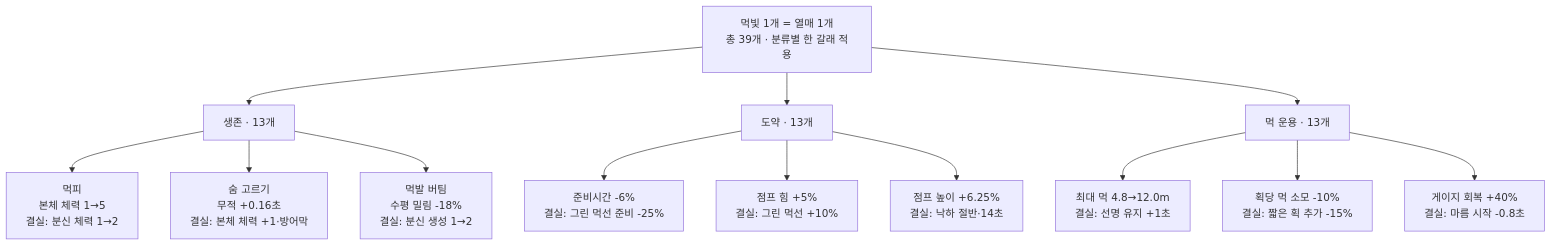
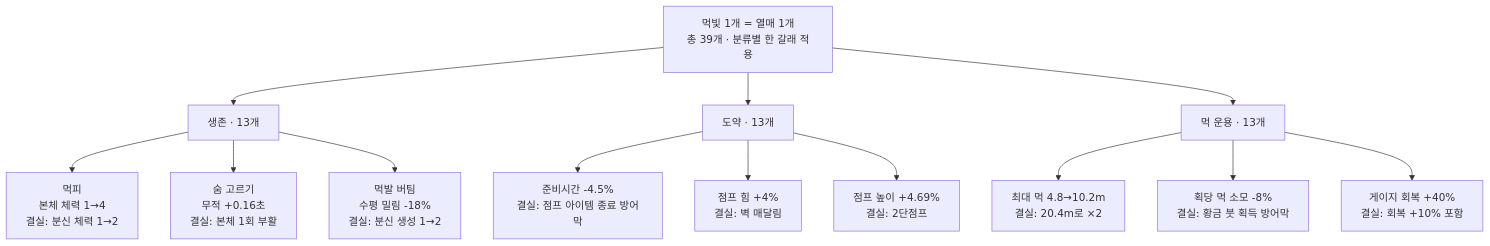
One commit to Team-Swooord/muk-jump changed the first of 2 diagrams in README.md. Above: the diagram before and after it, drawn with Mermaid. The commit also changed other lines of this file and 18 other files, not shown here.

````diff
--- a/README.md
+++ b/README.md
@@ -122,19 +122,19 @@
 ```mermaid
 flowchart TB
     M["먹빛 1개 = 열매 1개<br/>총 39개 · 분류별 한 갈래 적용"]
 
     M --> S["생존 · 13개"]
-    S --> SA["먹피<br/>본체 체력 1→5<br/>결실: 분신 체력 1→2"]
-    S --> SB["숨 고르기<br/>무적 +0.16초<br/>결실: 본체 체력 +1·방어막"]
+    S --> SA["먹피<br/>본체 체력 1→4<br/>결실: 분신 체력 1→2"]
+    S --> SB["숨 고르기<br/>무적 +0.16초<br/>결실: 본체 1회 부활"]
     S --> SC["먹발 버팀<br/>수평 밀림 -18%<br/>결실: 분신 생성 1→2"]
 
     M --> J["도약 · 13개"]
-    J --> JA["준비시간 -6%<br/>결실: 그린 먹선 준비 -25%"]
-    J --> JB["점프 힘 +5%<br/>결실: 그린 먹선 +10%"]
-    J --> JC["점프 높이 +6.25%<br/>결실: 낙하 절반·14초"]
+    J --> JA["준비시간 -4.5%<br/>결실: 점프 아이템 종료 방어막"]
+    J --> JB["점프 힘 +4%<br/>결실: 벽 매달림"]
+    J --> JC["점프 높이 +4.69%<br/>결실: 2단점프"]
 
     M --> I["먹 운용 · 13개"]
-    I --> IA["최대 먹 4.8→12.0m<br/>결실: 선명 유지 +1초"]
-    I --> IB["획당 먹 소모 -10%<br/>결실: 짧은 획 추가 -15%"]
-    I --> IC["게이지 회복 +40%<br/>결실: 마름 시작 -0.8초"]
+    I --> IA["최대 먹 4.8→10.2m<br/>결실: 20.4m로 ×2"]
+    I --> IB["획당 먹 소모 -8%<br/>결실: 황금 붓 획득 방어막"]
+    I --> IC["게이지 회복 +40%<br/>결실: 회복 +10% 포함"]
 ```
````
